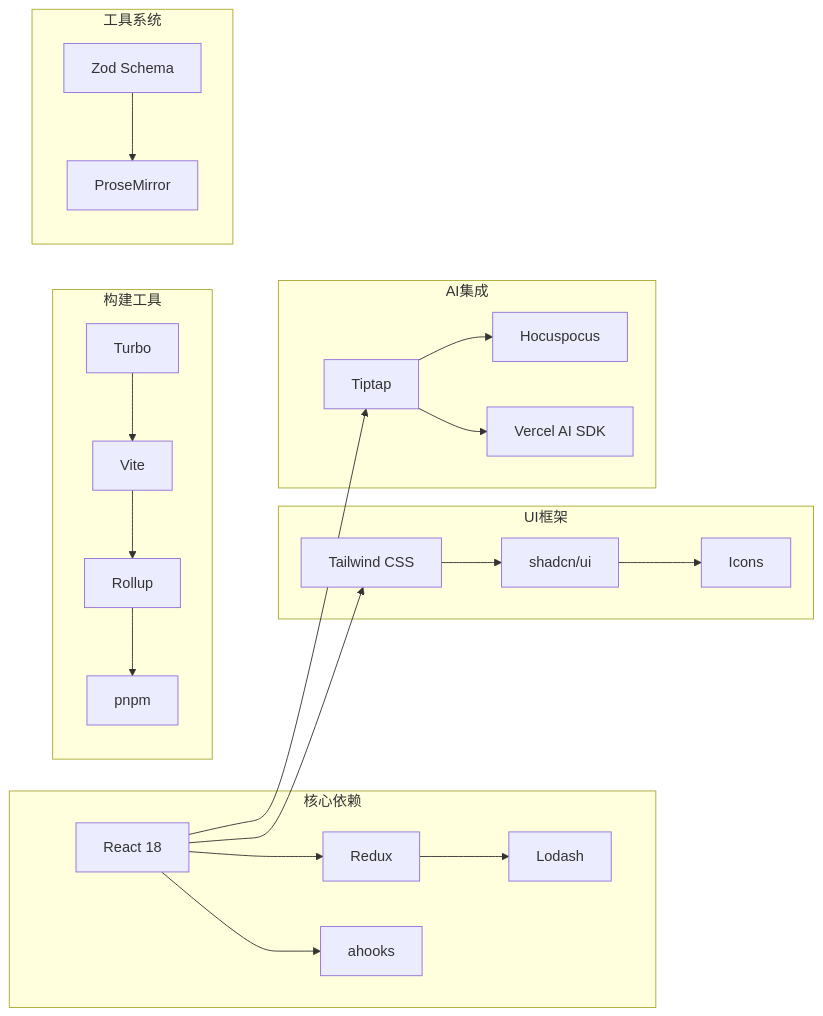
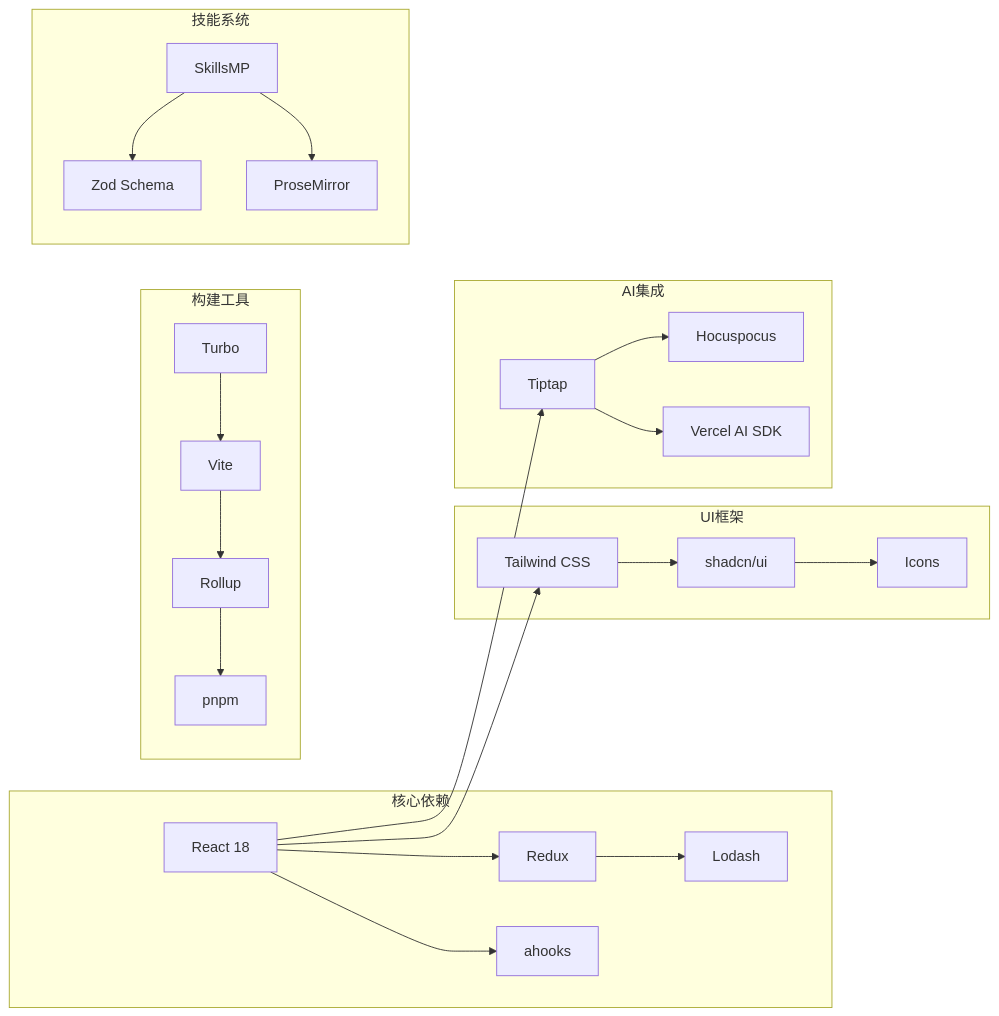
One commit to LRF0422/Kotion changed diagram 11 of 11 in .qoder/repowiki/zh/content/功能模块/AI技能市场系统.md. Above: the diagram before and after it, drawn with Mermaid. The commit also changed other lines of this file and 22 other files, not shown here.

````diff
--- a/.qoder/repowiki/zh/content/功能模块/AI技能市场系统.md
+++ b/.qoder/repowiki/zh/content/功能模块/AI技能市场系统.md
@@ -530,42 +476,44 @@
 ```mermaid
 graph LR
 subgraph "核心依赖"
 React[React 18]
 Redux[Redux]
 ahooks[ahooks]
 lodash[Lodash]
 end
 subgraph "构建工具"
 Turbo[Turbo]
 Vite[Vite]
 Rollup[Rollup]
 pnpm[pnpm]
 end
 subgraph "UI框架"
 Tailwind[Tailwind CSS]
 shadcn[shadcn/ui]
 Icons[Icons]
 end
 subgraph "AI集成"
 Tiptap[Tiptap]
 Hocuspocus[Hocuspocus]
 VercelSDK[Vercel AI SDK]
 end
-subgraph "工具系统"
+subgraph "技能系统"
+SkillsMP[SkillsMP]
 Zod[Zod Schema]
 ProseMirror[ProseMirror]
 end
 React --> Redux
 React --> ahooks
 Redux --> lodash
 Turbo --> Vite
 Vite --> Rollup
 Rollup --> pnpm
 React --> Tailwind
 Tailwind --> shadcn
 shadcn --> Icons
 React --> Tiptap
 Tiptap --> Hocuspocus
 Tiptap --> VercelSDK
-Zod --> ProseMirror
+SkillsMP --> Zod
+SkillsMP --> ProseMirror
 ```
````
